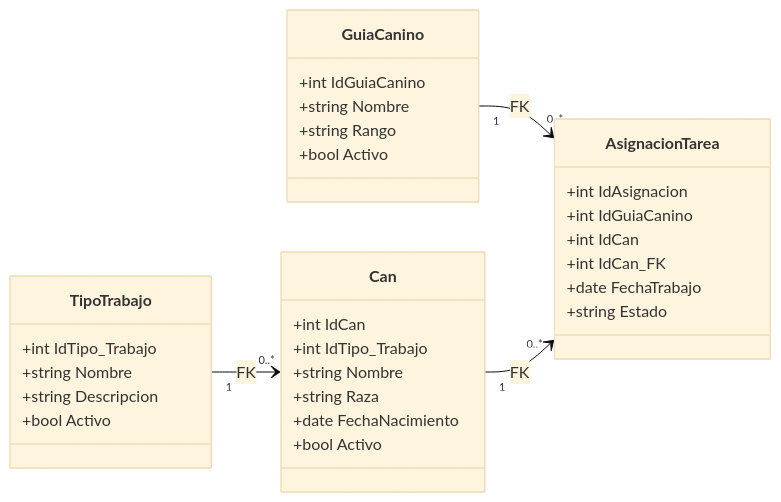
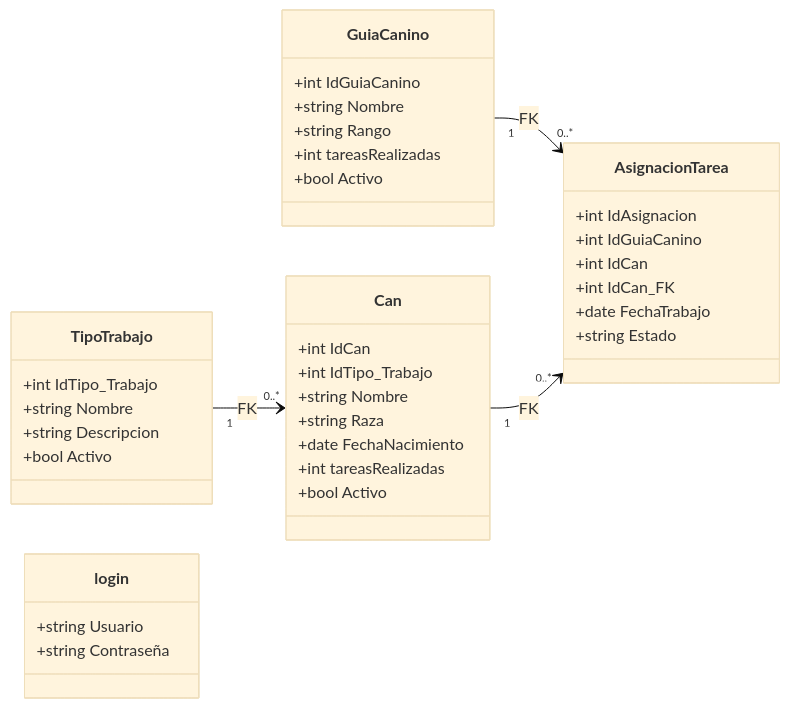
The diagram in Lab01/asignaciones.mmd (Carlosmdr88/Laboratorio), drawn with Mermaid (base theme) before and after one commit. The commit also changed 3 other files, not shown here.

```diff
--- a/Lab01/asignaciones.mmd
+++ b/Lab01/asignaciones.mmd
@@ -1,40 +1,46 @@
 classDiagram
 direction LR
 
 class TipoTrabajo {
     +int IdTipo_Trabajo
     +string Nombre
     +string Descripcion
     +bool Activo
 }
 
 class GuiaCanino {
     +int IdGuiaCanino
     +string Nombre
     +string Rango
+    +int tareasRealizadas
     +bool Activo
 }
 
 class Can {
     +int IdCan
     +int IdTipo_Trabajo
     +string Nombre
     +string Raza
     +date FechaNacimiento
+    +int tareasRealizadas
     +bool Activo
 }
 
 class AsignacionTarea {
     +int IdAsignacion
     +int IdGuiaCanino
     +int IdCan
     +int IdCan_FK
     +date FechaTrabajo
     +string Estado
 }
 
+class login {
+    +string Usuario
+    +string Contraseña
+}
 
 
 TipoTrabajo "1" --> "0..*" Can : FK
 GuiaCanino "1" --> "0..*" AsignacionTarea : FK
 Can "1" --> "0..*" AsignacionTarea : FK
```
